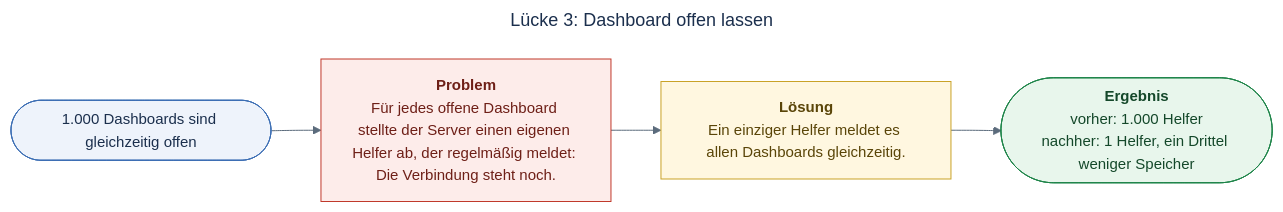
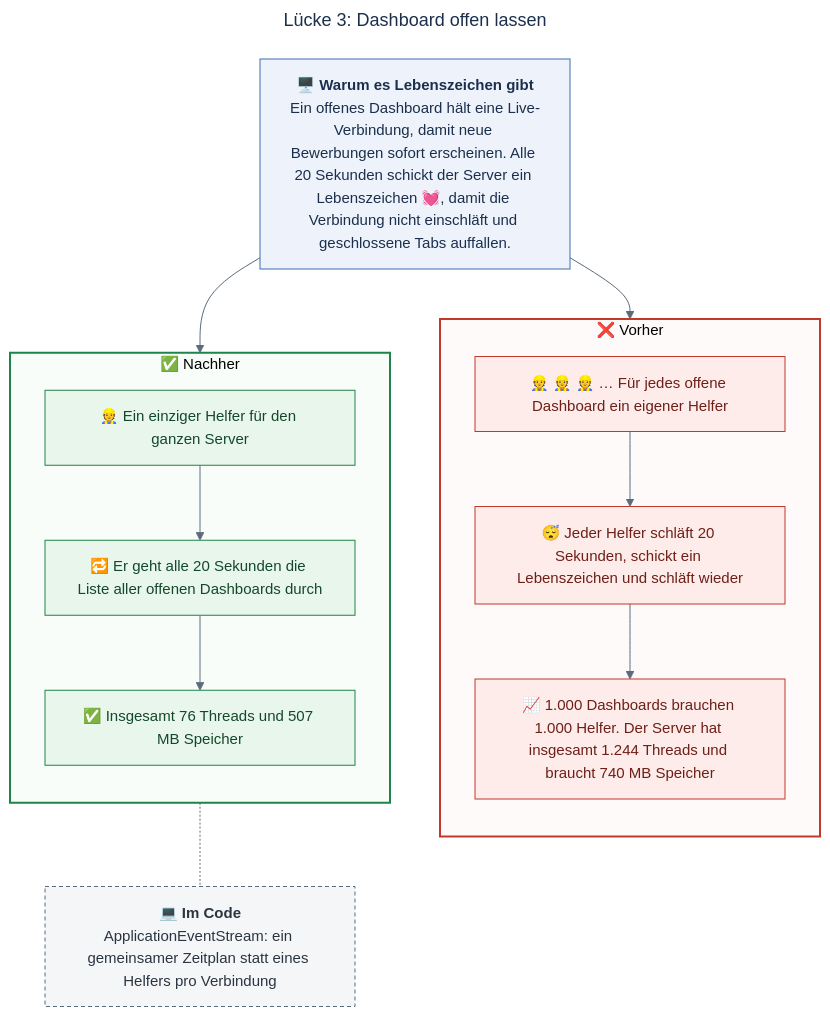
One commit to kamalshekho/design-thinking-workshop changed the fifth of 5 diagrams in load-test/RESULTS.md. Above: the diagram before and after it, drawn with Mermaid. The commit also changed other lines of this file, not shown here.

Commit message:
docs(load-test): explain each gap in plain words with icon diagrams and code pointers

````diff
--- a/load-test/RESULTS.md
+++ b/load-test/RESULTS.md
@@ -173,33 +331,44 @@
 ```mermaid
 ---
 title: "Lücke 3: Dashboard offen lassen"
 config:
   theme: base
   themeVariables:
     fontSize: "15px"
     primaryColor: "#eef3fb"
     primaryBorderColor: "#3b6db3"
     primaryTextColor: "#1b2f4d"
     lineColor: "#5b6b7c"
     edgeLabelBackground: "#ffffff"
+    clusterBkg: "#ffffff"
   flowchart:
-    wrappingWidth: 230
+    wrappingWidth: 250
     curve: basis
 ---
-flowchart LR
-    %% Situation, problem, fix, result: read from left to right.
-    s([1.000 Dashboards sind gleichzeitig offen])
-    p["<b>Problem</b><br/>Für jedes offene Dashboard stellte der Server einen eigenen Helfer ab, der regelmäßig meldet: Die Verbindung steht noch."]
-    l["<b>Lösung</b><br/>Ein einziger Helfer meldet es allen Dashboards gleichzeitig."]
-    r(["<b>Ergebnis</b><br/>vorher: 1.000 Helfer<br/>nachher: 1 Helfer, ein Drittel weniger Speicher"])
-    s --> p --> l --> r
+flowchart TB
+    %% Why the check exists, what went wrong, what changed, where it lives.
+    why["🖥️ <b>Warum es Lebenszeichen gibt</b><br/>Ein offenes Dashboard hält eine Live-Verbindung, damit neue Bewerbungen sofort erscheinen. Alle 20 Sekunden schickt der Server ein Lebenszeichen 💓, damit die Verbindung nicht einschläft und geschlossene Tabs auffallen."]
+    subgraph before["❌ Vorher"]
+        direction TB
+        b1["👷 👷 👷 … Für jedes offene Dashboard ein eigener Helfer"] --> b2["😴 Jeder Helfer schläft 20 Sekunden, schickt ein Lebenszeichen und schläft wieder"] --> b3["📈 1.000 Dashboards brauchen 1.000 Helfer. Der Server hat insgesamt 1.244 Threads und braucht 740 MB Speicher"]
+    end
+    subgraph after["✅ Nachher"]
+        direction TB
+        a1["👷 Ein einziger Helfer für den ganzen Server"] --> a2["🔁 Er geht alle 20 Sekunden die Liste aller offenen Dashboards durch"] --> a3["✅ Insgesamt 76 Threads und 507 MB Speicher"]
+    end
+    code["💻 <b>Im Code</b><br/>ApplicationEventStream: ein gemeinsamer Zeitplan statt eines Helfers pro Verbindung"]
+    why --> before
+    why --> after
+    after -.- code
 
-    classDef situation fill:#eef3fb,stroke:#3b6db3,color:#1b2f4d
+    classDef why fill:#eef3fb,stroke:#3b6db3,color:#1b2f4d
     classDef bad fill:#fdecea,stroke:#c0392b,color:#6e1f17
-    classDef work fill:#fff7e0,stroke:#c9a227,color:#5a4508
-    classDef ok fill:#e8f6ec,stroke:#1e8449,color:#14482a
-    class s situation
-    class p bad
-    class l work
-    class r ok
+    classDef good fill:#e8f6ec,stroke:#1e8449,color:#14482a
+    classDef code fill:#f4f6f8,stroke:#5b6b7c,color:#2b3540,stroke-dasharray:4 3
+    class why why
+    class b1,b2,b3 bad
+    class a1,a2,a3 good
+    class code code
+    style before fill:#fffafa,stroke:#c0392b,stroke-width:2px
+    style after fill:#f8fdf9,stroke:#1e8449,stroke-width:2px
 ```
````
